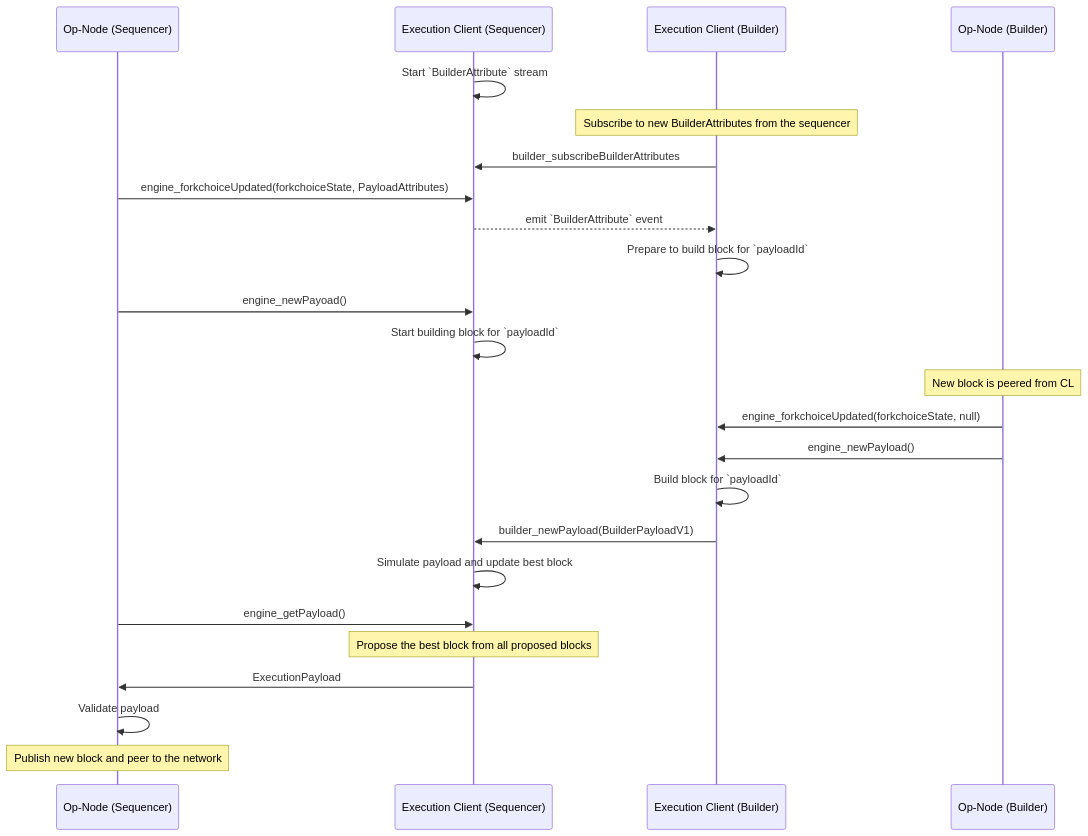
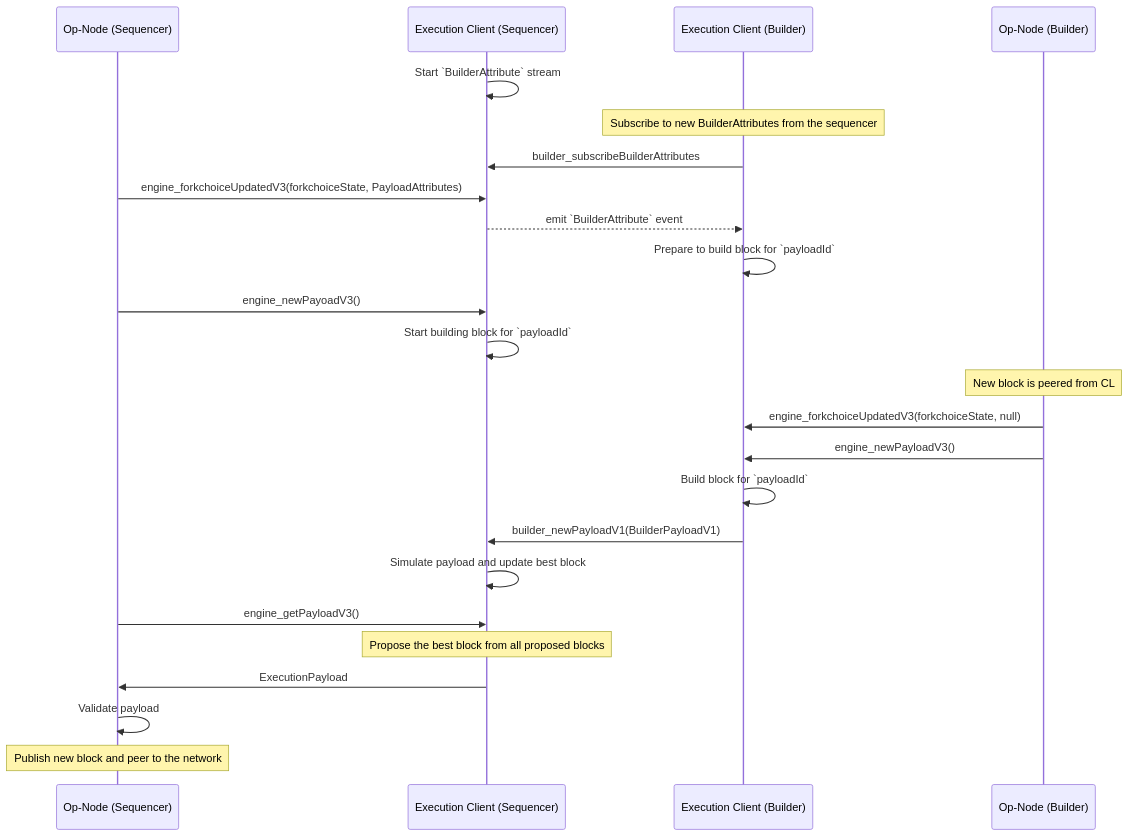
The diagram in specs/experimental/builder.md (0xKitsune/specs), drawn with Mermaid before and after one commit.

Commit message:
update seq diagram

````diff
--- a/specs/experimental/builder.md
+++ b/specs/experimental/builder.md
@@ -37,33 +37,33 @@
 ```mermaid
 sequenceDiagram
     participant CLS as Op-Node (Sequencer)
     participant ELS as Execution Client (Sequencer)
     participant ELB as Execution Client (Builder)
     participant CLB as Op-Node (Builder)
 
     ELS->>ELS: Start `BuilderAttribute` stream
 
     Note over ELB: Subscribe to new BuilderAttributes from the sequencer
     ELB->>ELS: builder_subscribeBuilderAttributes
 
-    CLS->>ELS: engine_forkchoiceUpdated(forkchoiceState, PayloadAttributes)
+    CLS->>ELS: engine_forkchoiceUpdatedV3(forkchoiceState, PayloadAttributes)
     ELS-->>ELB: emit `BuilderAttribute` event
     ELB->>ELB: Prepare to build block for `payloadId`
-    CLS->>ELS: engine_newPayoad()
+    CLS->>ELS: engine_newPayoadV3()
     ELS->>ELS: Start building block for `payloadId`
 
     Note over CLB: New block is peered from CL
-    CLB->>ELB: engine_forkchoiceUpdated(forkchoiceState, null)
-    CLB->>ELB: engine_newPayload()
+    CLB->>ELB: engine_forkchoiceUpdatedV3(forkchoiceState, null)
+    CLB->>ELB: engine_newPayloadV3()
 
     ELB->>ELB: Build block for `payloadId`
-    ELB->>ELS: builder_newPayload(BuilderPayloadV1)
+    ELB->>ELS: builder_newPayloadV1(BuilderPayloadV1)
     ELS->>ELS: Simulate payload and update best block
 
-    CLS->>ELS: engine_getPayload()
+    CLS->>ELS: engine_getPayloadV3()
     Note over ELS: Propose the best block from all proposed blocks
     ELS->>CLS: ExecutionPayload
 
     CLS->>CLS: Validate payload
     Note over CLS: Publish new block and peer to the network
 ```
````
